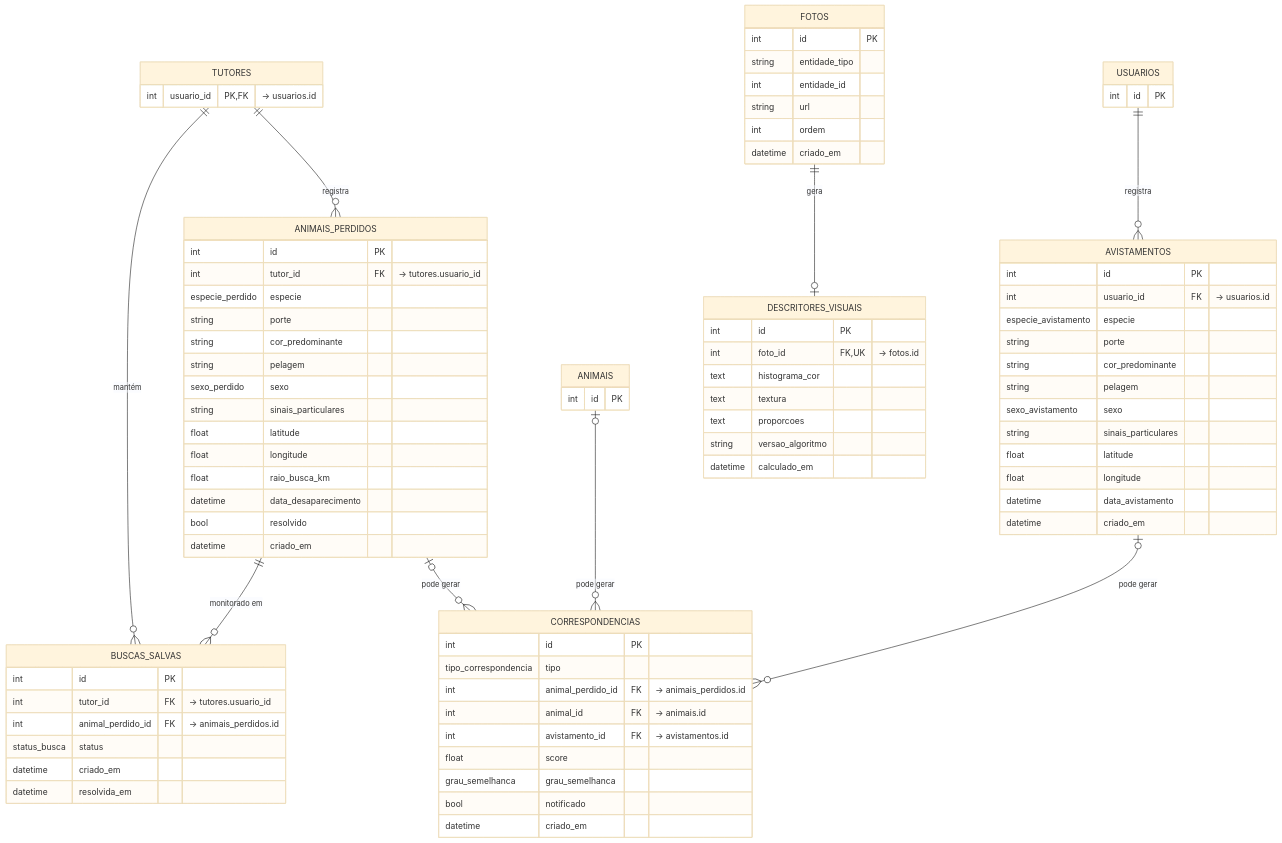
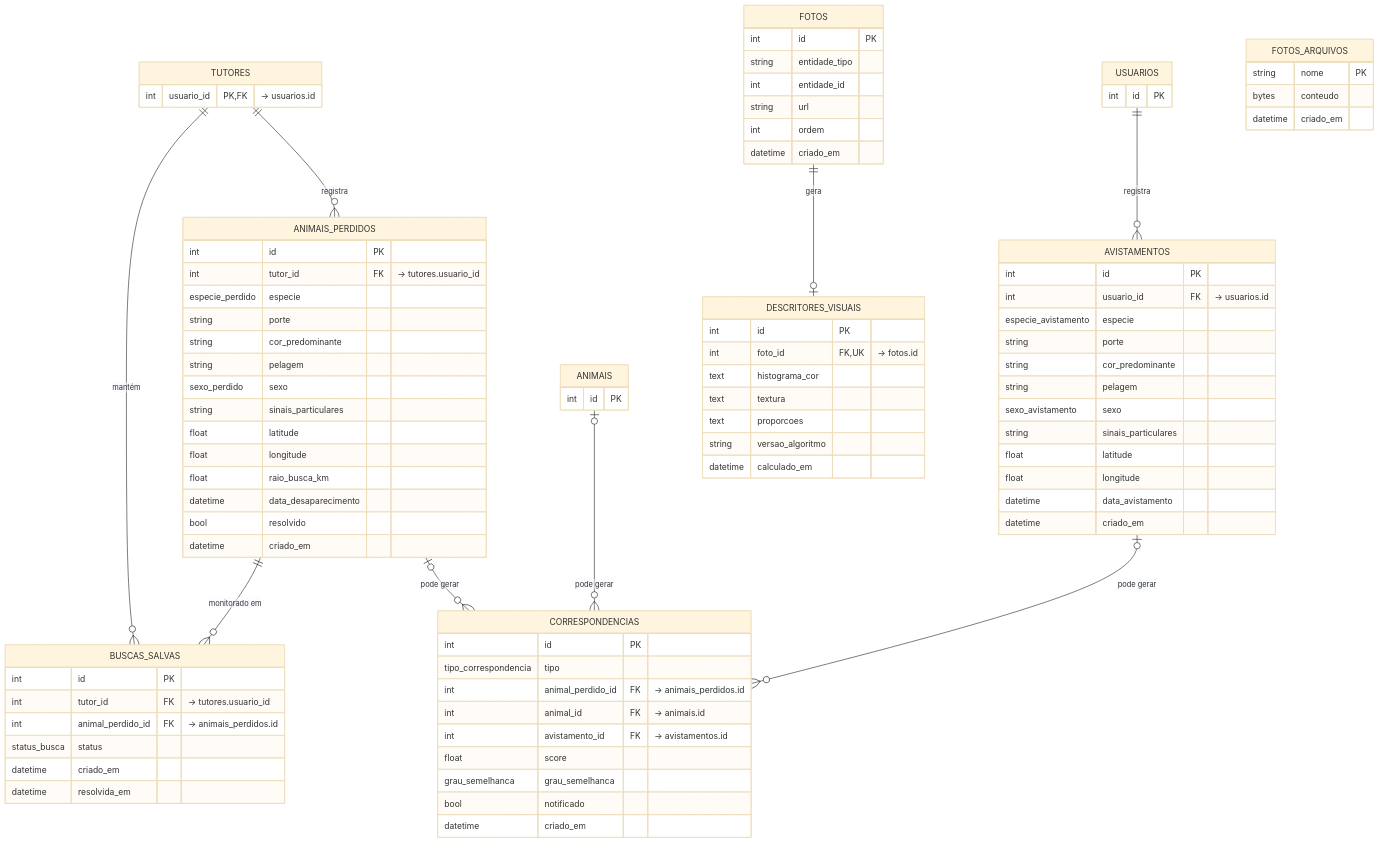
One commit to Equipe-BuscaPet/BuscaPet-App changed the third of 5 diagrams in docs/mer.md. Above: the diagram before and after it, drawn with Mermaid (base theme). The commit also changed other lines of this file and 10 other files, not shown here.

First line of the commit message:
Fotos no banco: ARMAZENAMENTO_FOTOS=banco guarda o JPEG em fotos_arquivos

```diff
--- a/docs/mer.md
+++ b/docs/mer.md
@@ -439,6 +444,11 @@
         int ordem
         datetime criado_em
     }
+    FOTOS_ARQUIVOS {
+        string nome PK
+        bytes conteudo
+        datetime criado_em
+    }
     TUTORES {
         int usuario_id PK, FK "-> usuarios.id"
     }
```
